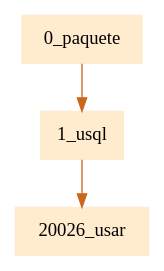
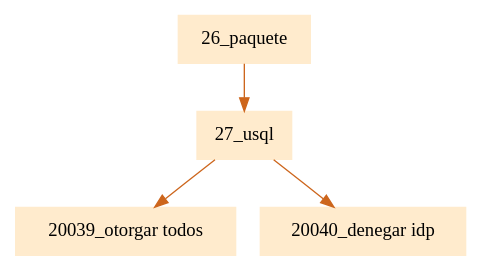
Before and after one commit to JamesMelgar/compi2javaccpr1: the diagram in pr1Compilarodores2/paquete.dot, drawn with Graphviz. The commit also changed 16 other files, not shown here.

```diff
--- a/pr1Compilarodores2/paquete.dot
+++ b/pr1Compilarodores2/paquete.dot
@@ -1,5 +1,5 @@
 digraph G {node[shape=box, style=filled, color=blanchedalmond]; edge[color=chocolate3];rankdir=UD 
 
-"0_paquete"->"1_usql""1_usql"->"20026_usar"
+"26_paquete"->"27_usql""27_usql"->"20039_otorgar todos""27_usql"->"20040_denegar idp"
 
 }
```
